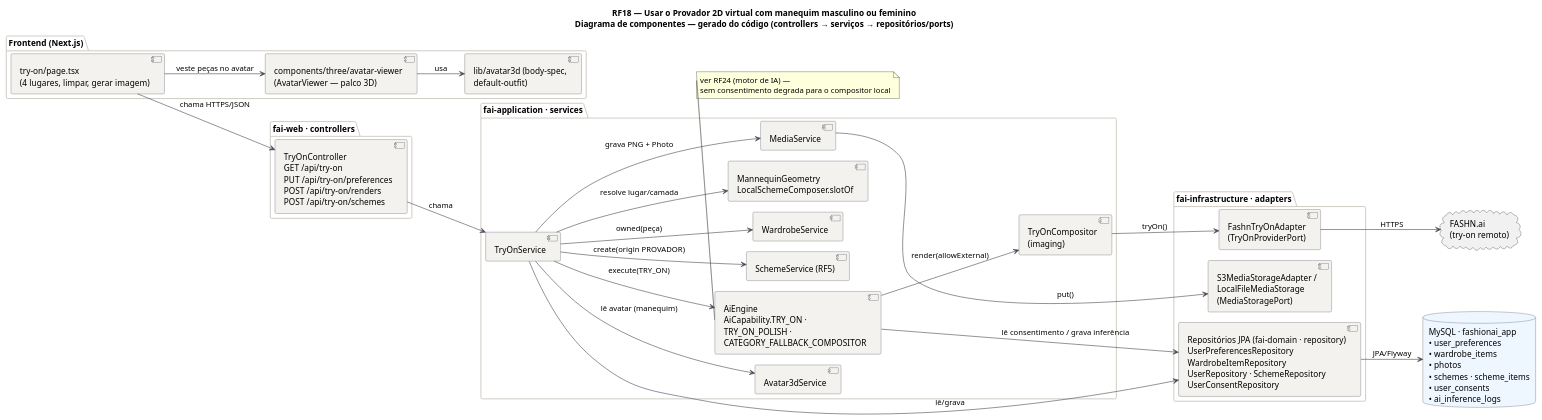
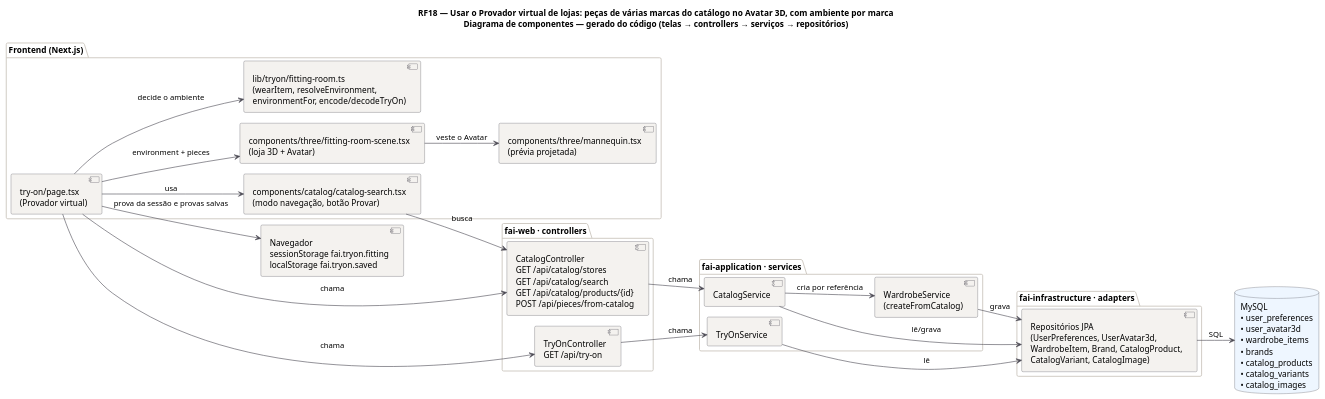
Before and after one commit to MatheusHaliski/tcc-2026-fashion-ai-backend: the diagram in docs/diagramas/RF18/RF18-componentes.puml, drawn with PlantUML. The commit also changed 20 other files, not shown here.

First line of the commit message:
docs: diagramas do provador virtual (RF18) e da leitura de características (RF47)

```diff
--- a/docs/diagramas/RF18/RF18-componentes.puml
+++ b/docs/diagramas/RF18/RF18-componentes.puml
@@ -1,63 +1,54 @@
 @startuml RF18_Componentes
-title RF18 — Usar o Provador 2D virtual com manequim masculino ou feminino\nDiagrama de componentes — gerado do código (controllers → serviços → repositórios/ports)
+title RF18 — Usar o Provador virtual de lojas: peças de várias marcas do catálogo no Avatar 3D, com ambiente por marca\nDiagrama de componentes — gerado do código (telas → controllers → serviços → repositórios)
 !pragma layout smetana
 skinparam backgroundColor #FFFFFF
 skinparam component {
   BackgroundColor #F4F2EF
   BorderColor #4A4852
   ArrowColor #4A4852
 }
 skinparam package {
   BorderColor #CBC6BE
 }
 skinparam database {
   BackgroundColor #EEF6FF
   BorderColor #4A4852
 }
 left to right direction
-
 package "Frontend (Next.js)" {
-  component "try-on/page.tsx\n(4 lugares, limpar, gerar imagem)" as FE0
-  component "components/three/avatar-viewer\n(AvatarViewer — palco 3D)" as FE1
-  component "lib/avatar3d (body-spec,\ndefault-outfit)" as FE2
+  component "try-on/page.tsx\n(Provador virtual)" as P
+  component "components/catalog/catalog-search.tsx\n(modo navegação, botão Provar)" as CSF
+  component "components/three/fitting-room-scene.tsx\n(loja 3D + Avatar)" as SCN
+  component "components/three/mannequin.tsx\n(prévia projetada)" as MAN
+  component "lib/tryon/fitting-room.ts\n(wearItem, resolveEnvironment,\nenvironmentFor, encode/decodeTryOn)" as ENV
 }
 package "fai-web · controllers" {
-  [TryOnController\nGET /api/try-on\nPUT /api/try-on/preferences\nPOST /api/try-on/renders\nPOST /api/try-on/schemes] as C
+  component "TryOnController\nGET /api/try-on" as TC
+  component "CatalogController\nGET /api/catalog/stores\nGET /api/catalog/search\nGET /api/catalog/products/{id}\nPOST /api/pieces/from-catalog" as CC
 }
 package "fai-application · services" {
-  [TryOnService] as S
-  [TryOnCompositor\n(imaging)] as CP
-  [MannequinGeometry\nLocalSchemeComposer.slotOf] as GEO
-  [AiEngine\nAiCapability.TRY_ON ·\nTRY_ON_POLISH ·\nCATEGORY_FALLBACK_COMPOSITOR] as AI
-  [Avatar3dService] as AV
-  [MediaService] as M
-  [SchemeService (RF5)] as SS
-  [WardrobeService] as W
+  component "TryOnService" as TS
+  component "CatalogService" as CS
+  component "WardrobeService\n(createFromCatalog)" as WS
 }
 package "fai-infrastructure · adapters" {
-  [FashnTryOnAdapter\n(TryOnProviderPort)] as FASHN
-  [S3MediaStorageAdapter /\nLocalFileMediaStorage\n(MediaStoragePort)] as ST
-  [Repositórios JPA (fai-domain · repository)\nUserPreferencesRepository\nWardrobeItemRepository\nUserRepository · SchemeRepository\nUserConsentRepository] as REPOS
+  component "Repositórios JPA\n(UserPreferences, UserAvatar3d,\nWardrobeItem, Brand, CatalogProduct,\nCatalogVariant, CatalogImage)" as REP
 }
-database "MySQL · fashionai_app\n• user_preferences\n• wardrobe_items\n• photos\n• schemes · scheme_items\n• user_consents\n• ai_inference_logs" as DB
-cloud "FASHN.ai\n(try-on remoto)" as EXT
-
-FE0 --> C : chama HTTPS/JSON
-FE0 --> FE1 : veste peças no avatar
-FE1 --> FE2 : usa
-C --> S : chama
-S --> GEO : resolve lugar/camada
-S --> AV : lê avatar (manequim)
-S --> W : owned(peça)
-S --> AI : execute(TRY_ON)
-AI --> CP : render(allowExternal)
-CP --> FASHN : tryOn()
-FASHN --> EXT : HTTPS
-S --> M : grava PNG + Photo
-M --> ST : put()
-S --> SS : create(origin PROVADOR)
-S --> REPOS : lê/grava
-AI --> REPOS : lê consentimento / grava inferência
-REPOS --> DB : JPA/Flyway
-note bottom of AI : ver RF24 (motor de IA) —\nsem consentimento degrada para o compositor local
+database "MySQL\n• user_preferences\n• user_avatar3d\n• wardrobe_items\n• brands\n• catalog_products\n• catalog_variants\n• catalog_images" as DB
+component "Navegador\nsessionStorage fai.tryon.fitting\nlocalStorage fai.tryon.saved" as BR
+P --> CSF : usa
+P --> ENV : decide o ambiente
+P --> SCN : environment + pieces
+SCN --> MAN : veste o Avatar
+P --> TC : chama
+P --> CC : chama
+CSF --> CC : busca
+TC --> TS : chama
+CC --> CS : chama
+CS --> WS : cria por referência
+TS --> REP : lê
+CS --> REP : lê/grava
+WS --> REP : grava
+REP --> DB : SQL
+P --> BR : prova da sessão e provas salvas
 @enduml
```
